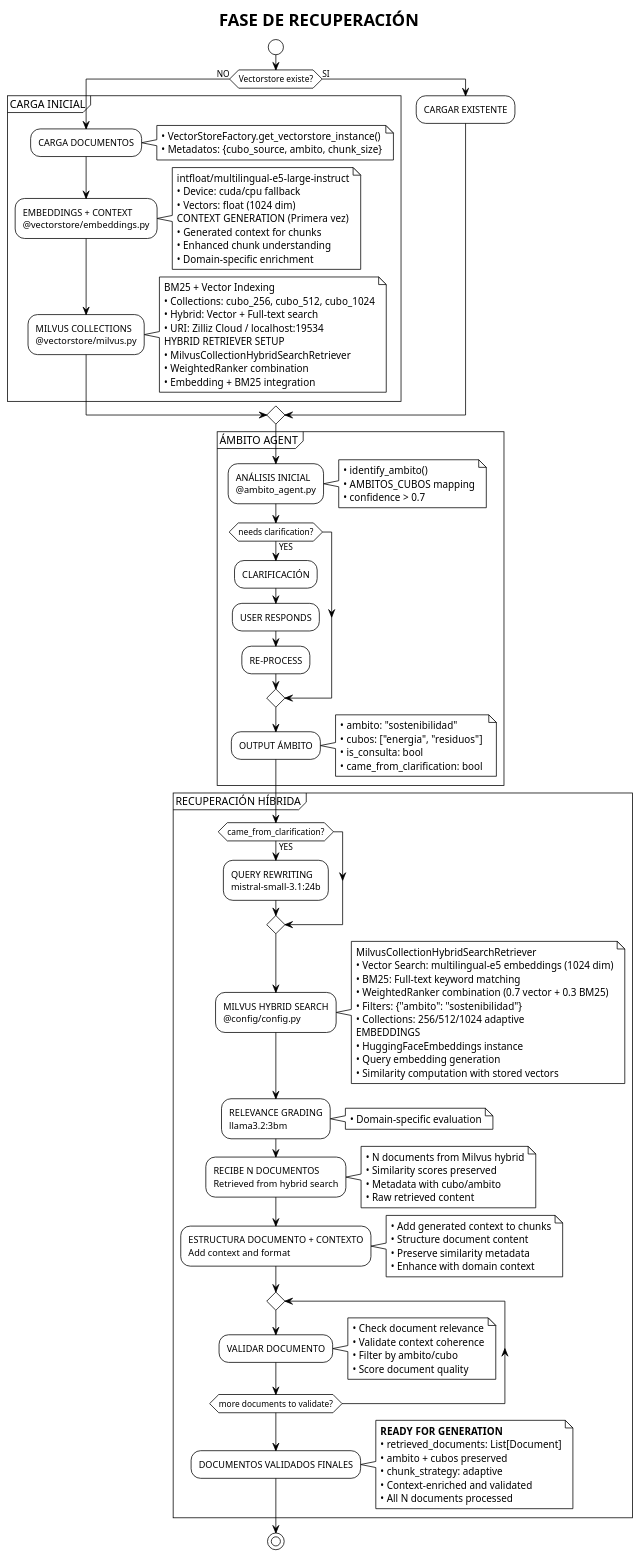
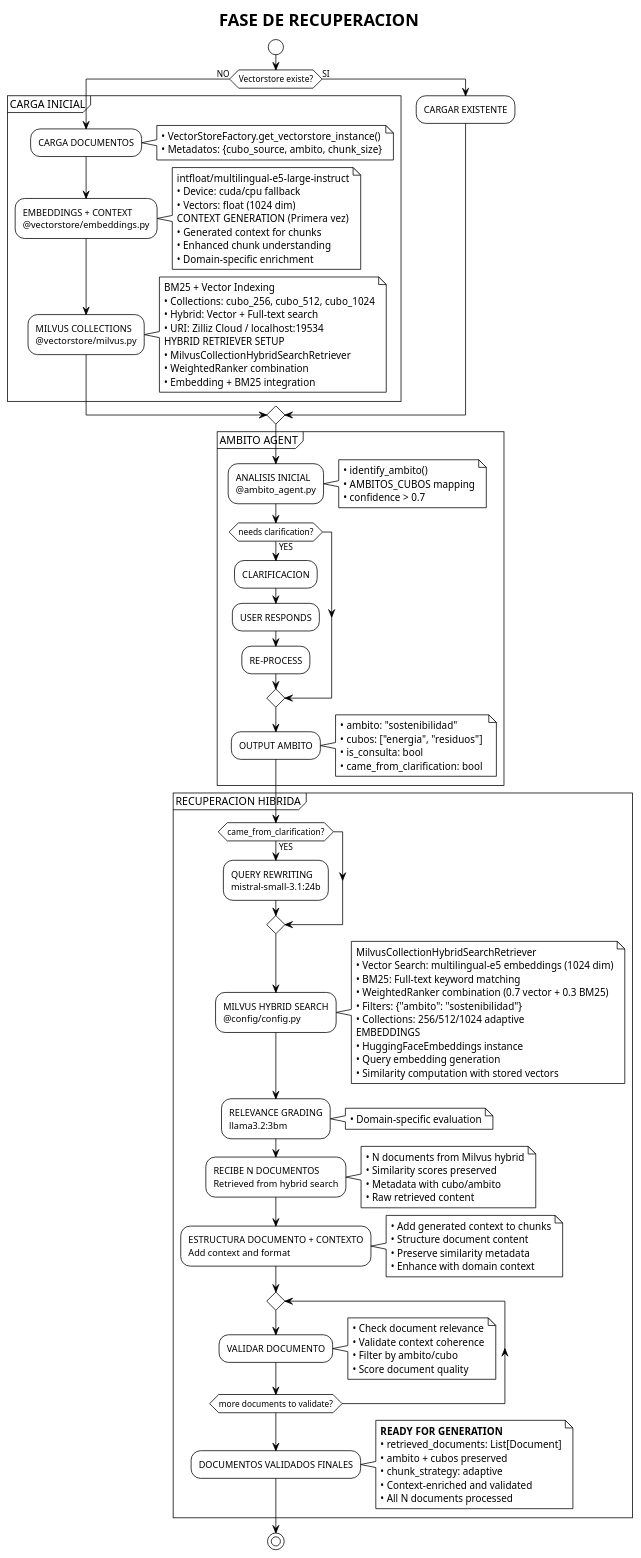
One commit to carloss4dv/langagent changed the diagram in diagrams/diagrama_recuperacion.puml. Above: the diagram before and after it, drawn with PlantUML. The commit also changed 29 other files, not shown here.

```diff
--- a/diagrams/diagrama_recuperacion.puml
+++ b/diagrams/diagrama_recuperacion.puml
@@ -1,136 +1,136 @@
 @startuml RecuperacionRAG
 !theme plain
-title FASE DE RECUPERACIÓN
+title FASE DE RECUPERACION
 
 start
 
 if (Vectorstore existe?) then (NO)
   partition "CARGA INICIAL" {
     :CARGA DOCUMENTOS;
     note right
       • VectorStoreFactory.get_vectorstore_instance()
       • Metadatos: {cubo_source, ambito, chunk_size}
     end note
     
     :EMBEDDINGS + CONTEXT
     @vectorstore/embeddings.py;
     note right
       intfloat/multilingual-e5-large-instruct
       • Device: cuda/cpu fallback
       • Vectors: float (1024 dim)
       CONTEXT GENERATION (Primera vez)
       • Generated context for chunks
       • Enhanced chunk understanding
       • Domain-specific enrichment
     end note
     
     :MILVUS COLLECTIONS
     @vectorstore/milvus.py;
     note right
       BM25 + Vector Indexing
       • Collections: cubo_256, cubo_512, cubo_1024
       • Hybrid: Vector + Full-text search
       • URI: Zilliz Cloud / localhost:19534
       HYBRID RETRIEVER SETUP
       • MilvusCollectionHybridSearchRetriever
       • WeightedRanker combination
       • Embedding + BM25 integration
     end note
   }
 else (SI)
   :CARGAR EXISTENTE;
 endif
 
-partition "ÁMBITO AGENT" {
-  :ANÁLISIS INICIAL
+partition "AMBITO AGENT" {
+  :ANALISIS INICIAL
   @ambito_agent.py;
   note right
     • identify_ambito() 
     • AMBITOS_CUBOS mapping
     • confidence > 0.7
   end note
   
   if (needs clarification?) then (YES)
-    :CLARIFICACIÓN;
+    :CLARIFICACION;
     :USER RESPONDS;
     :RE-PROCESS;
   endif
   
-  :OUTPUT ÁMBITO;
+  :OUTPUT AMBITO;
   note right
     • ambito: "sostenibilidad"
     • cubos: ["energia", "residuos"] 
     • is_consulta: bool
     • came_from_clarification: bool
   end note
 }
 
-partition "RECUPERACIÓN HÍBRIDA" {
+partition "RECUPERACION HIBRIDA" {
   if (came_from_clarification?) then (YES)
     :QUERY REWRITING
     mistral-small-3.1:24b;
   endif
   
   :MILVUS HYBRID SEARCH
   @config/config.py;
   note right
     MilvusCollectionHybridSearchRetriever
     • Vector Search: multilingual-e5 embeddings (1024 dim)
     • BM25: Full-text keyword matching  
     • WeightedRanker combination (0.7 vector + 0.3 BM25)
     • Filters: {"ambito": "sostenibilidad"}
     • Collections: 256/512/1024 adaptive
     EMBEDDINGS 
     • HuggingFaceEmbeddings instance
     • Query embedding generation
     • Similarity computation with stored vectors
   end note
   
   :RELEVANCE GRADING
   llama3.2:3bm;
   note right
     • Domain-specific evaluation
   end note
   
   :RECIBE N DOCUMENTOS
   Retrieved from hybrid search;
   note right
     • N documents from Milvus hybrid
     • Similarity scores preserved
     • Metadata with cubo/ambito
     • Raw retrieved content
   end note
   
   :ESTRUCTURA DOCUMENTO + CONTEXTO
   Add context and format;
   note right
     • Add generated context to chunks
     • Structure document content
     • Preserve similarity metadata
     • Enhance with domain context
   end note
   
   repeat
     :VALIDAR DOCUMENTO;
     note right
       • Check document relevance
       • Validate context coherence
       • Filter by ambito/cubo
       • Score document quality
     end note
   repeat while (more documents to validate?)
   
   :DOCUMENTOS VALIDADOS FINALES;
   note right
     **READY FOR GENERATION**
     • retrieved_documents: List[Document]
     • ambito + cubos preserved
     • chunk_strategy: adaptive
     • Context-enriched and validated
     • All N documents processed
   end note
 }
 
 stop
 
 @enduml 
```
